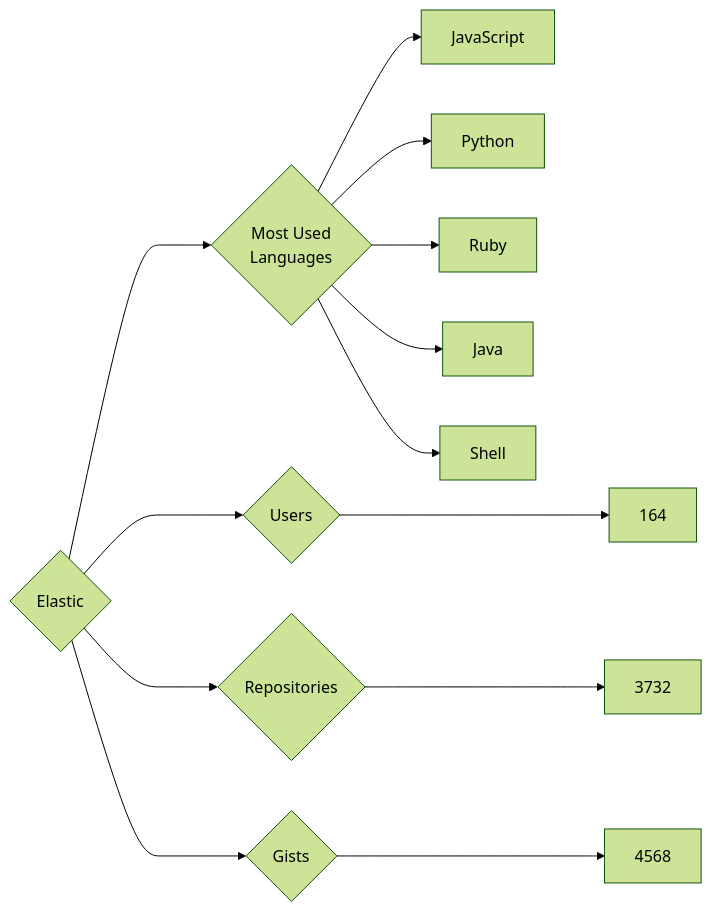
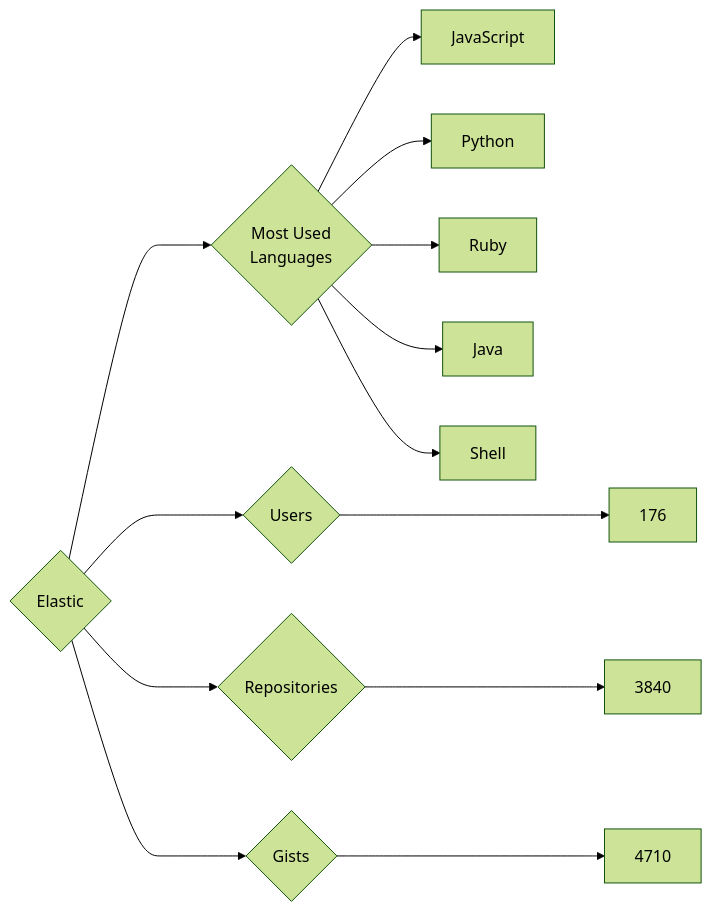
Before and after one commit to trickest/insiders: the diagram in targets/Elastic/README.md, drawn with Mermaid (forest theme). The commit also changed 900 other files, not shown here.

````diff
--- a/targets/Elastic/README.md
+++ b/targets/Elastic/README.md
@@ -3,13 +3,13 @@
 ```mermaid
 graph LR
 COMPANY_NAME{Elastic}
-COMPANY_NAME ---> U{Users} ---> UN[164]
-COMPANY_NAME ---> R{Repositories} ---> RN[3732]
-COMPANY_NAME ---> G{Gists} ---> GN[4568]
+COMPANY_NAME ---> U{Users} ---> UN[176]
+COMPANY_NAME ---> R{Repositories} ---> RN[3840]
+COMPANY_NAME ---> G{Gists} ---> GN[4710]
 COMPANY_NAME ---> ML{Most Used<br>Languages}
 ML --> JavaScript[JavaScript]
 ML --> Python[Python]
 ML --> Ruby[Ruby]
 ML --> Java[Java]
 ML --> Shell[Shell]
 ```
````
